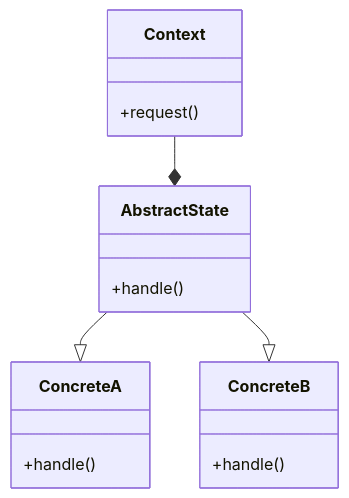
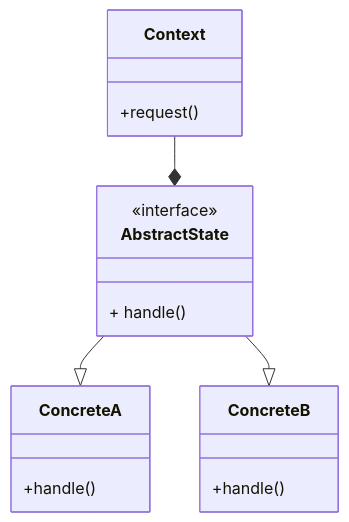
One commit to eduardoyanoliveira/design_patterns changed the diagram in behavioral/state/README.md. Above: the diagram before and after it, drawn with Mermaid. The commit also changed 1 other file, not shown here.

Commit message:
Fixing diagram problems

````diff
--- a/behavioral/state/README.md
+++ b/behavioral/state/README.md
@@ -26,20 +26,21 @@
 ```mermaid
 classDiagram
     class Context {
         +request()
     }
-    class AbstractState {
-        +handle()
-    }
+    class AbstractState 
+    <<interface>> AbstractState
+    AbstractState : + handle()
+    
     class ConcreteA {
         +handle()
     }
     class ConcreteB {
         +handle()
     }
 
     Context --* AbstractState 
     AbstractState --|> ConcreteA
     AbstractState --|> ConcreteB
 
 ```
````
